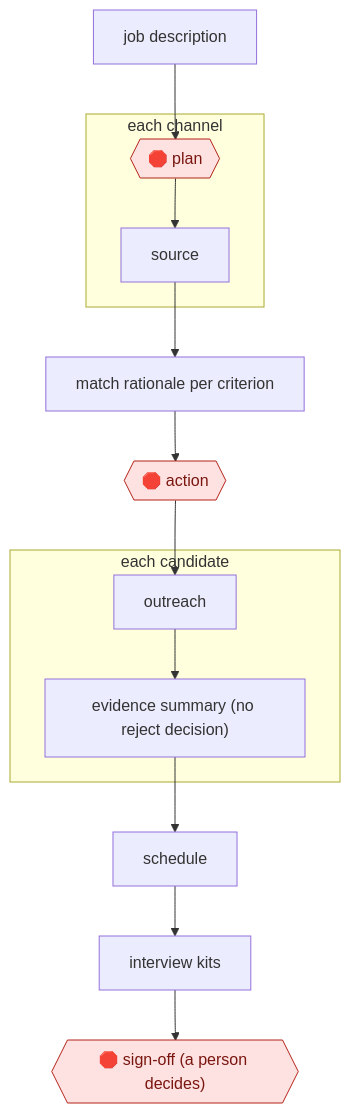
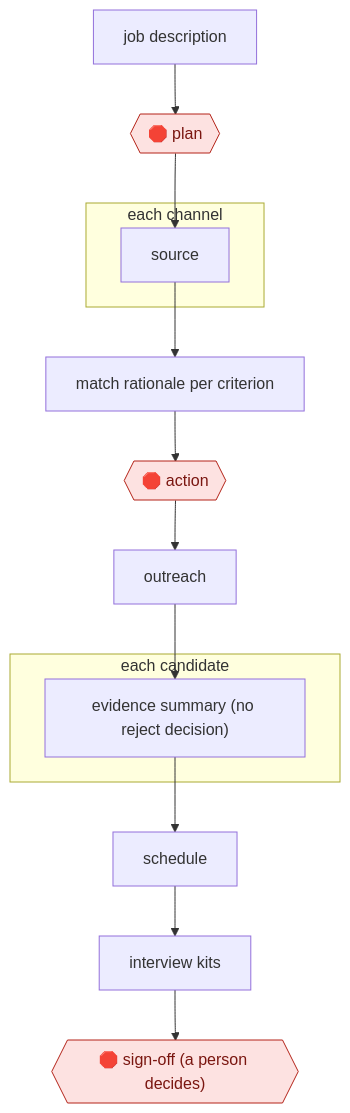
The diagram in workflows/ORG/BIZ/HR/source-screen-schedule-hiring/README.md (milesradford99/agent-workflow-atlas), drawn with Mermaid before and after one commit. The commit also changed other lines of this file and 171 other files, not shown here.

````diff
--- a/workflows/ORG/BIZ/HR/source-screen-schedule-hiring/README.md
+++ b/workflows/ORG/BIZ/HR/source-screen-schedule-hiring/README.md
@@ -30,27 +30,27 @@
 ```mermaid
 flowchart TD
   n1["job description"]
   n2{{"🛑 plan"}}:::stop
-  n1 --> n2
   subgraph s3["each channel"]
   n4["source"]
-  n2 --> n4
   end
   n5["match rationale per criterion"]
-  n4 --> n5
   n6{{"🛑 action"}}:::stop
-  n5 --> n6
   n7["outreach"]
-  n6 --> n7
   subgraph s8["each candidate"]
   n9["evidence summary (no reject decision)"]
-  n7 --> n9
   end
   n10["schedule"]
+  n11["interview kits"]
+  n12{{"🛑 sign-off (a person decides)"}}:::stop
+  n1 --> n2
+  n2 --> n4
+  n4 --> n5
+  n5 --> n6
+  n6 --> n7
+  n7 --> n9
   n9 --> n10
-  n11["interview kits"]
   n10 --> n11
-  n12{{"🛑 sign-off (a person decides)"}}:::stop
   n11 --> n12
   classDef stop fill:#fde2e1,stroke:#b42318,color:#7a1610
 ```
````
